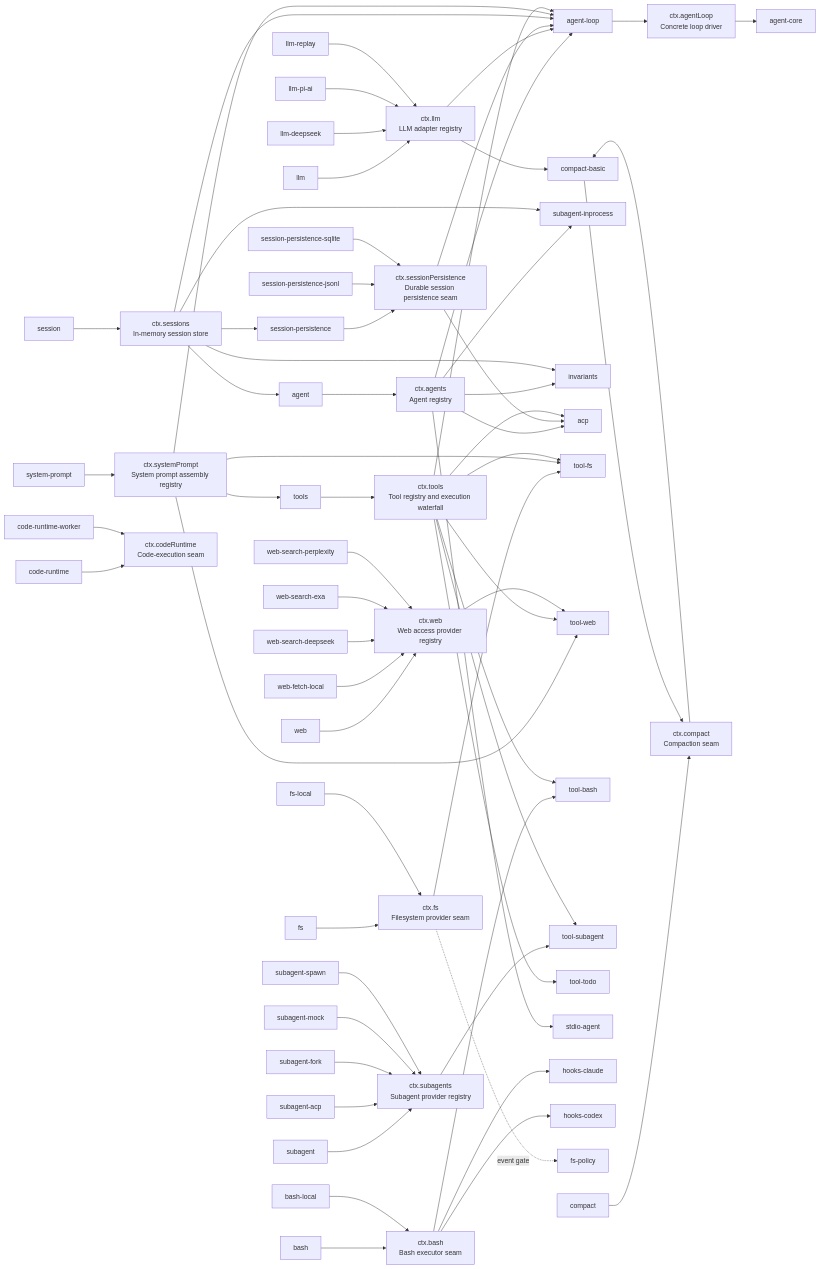
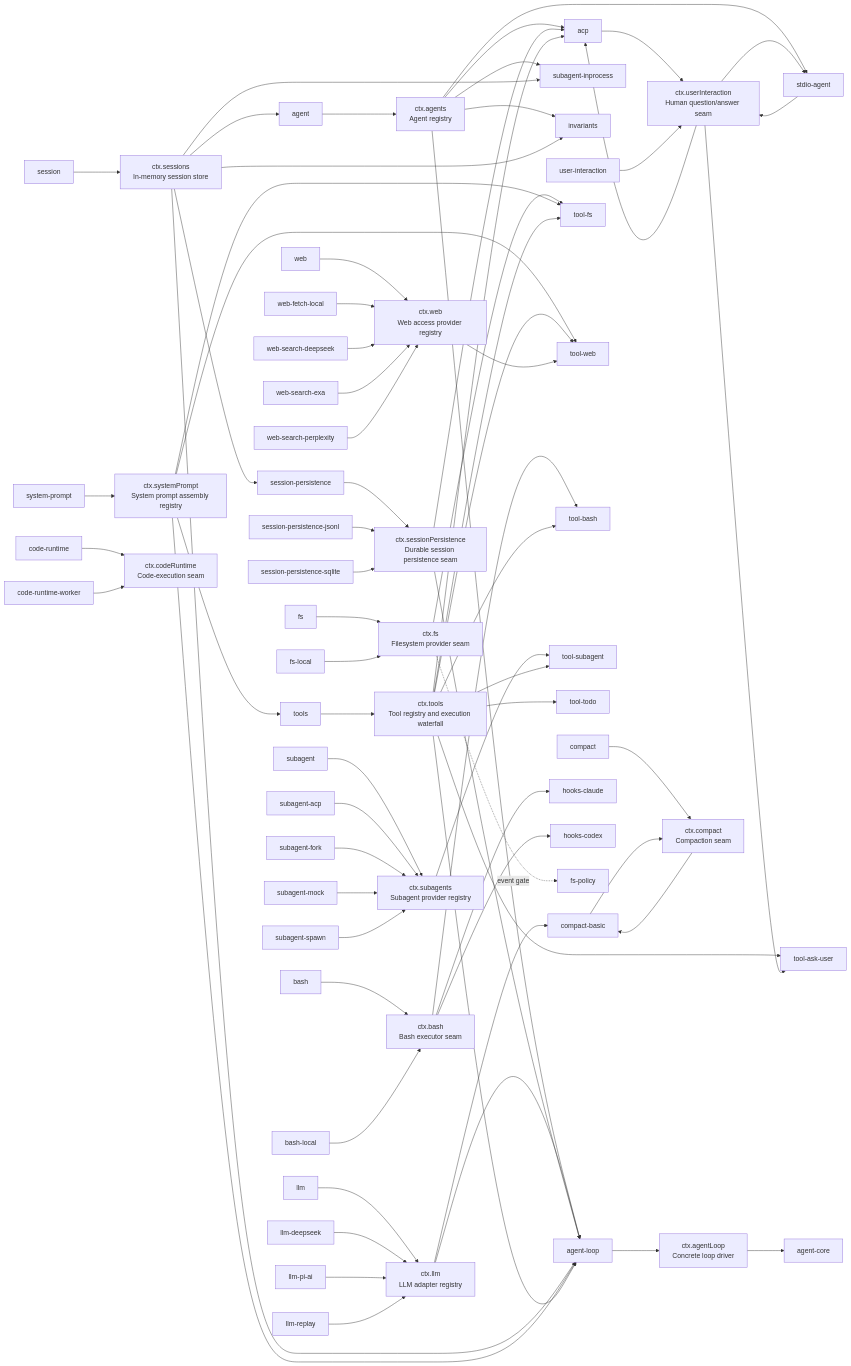
The diagram in docs/capability-seams.md (eru123/coco-harness), drawn with Mermaid before and after one commit. The commit also changed other lines of this file and 48 other files, not shown here.

First line of the commit message:
Merge pull request #108 from deepseek-harness/codex/ask-user-question

````diff
--- a/docs/capability-seams.md
+++ b/docs/capability-seams.md
@@ -30,11 +30,14 @@
   pkg_tool_fs["tool-fs"]
   pkg_tool_web["tool-web"]
   svc_tools["ctx.tools<br/>Tool registry and execution waterfall"]
+  pkg_tool_ask_user["tool-ask-user"]
   pkg_tool_bash["tool-bash"]
   pkg_tool_subagent["tool-subagent"]
   pkg_tool_todo["tool-todo"]
+  pkg_user_interaction["user-interaction"]
+  svc_userInteraction["ctx.userInteraction<br/>Human question/answer seam"]
+  pkg_stdio_agent["stdio-agent"]
   svc_agents["ctx.agents<br/>Agent registry"]
-  pkg_stdio_agent["stdio-agent"]
   svc_agentLoop["ctx.agentLoop<br/>Concrete loop driver"]
   pkg_agent_core["agent-core"]
   pkg_bash["bash"]
@@ -63,6 +66,7 @@
   pkg_web_search_perplexity["web-search-perplexity"]
   pkg_web_search_deepseek["web-search-deepseek"]
   pkg_web_fetch_local["web-fetch-local"]
+  pkg_acp --> svc_userInteraction
   pkg_agent --> svc_agents
   pkg_agent_loop --> svc_agentLoop
   pkg_bash --> svc_bash
@@ -81,6 +85,7 @@
   pkg_session_persistence --> svc_sessionPersistence
   pkg_session_persistence_jsonl --> svc_sessionPersistence
   pkg_session_persistence_sqlite --> svc_sessionPersistence
+  pkg_stdio_agent --> svc_userInteraction
   pkg_subagent --> svc_subagents
   pkg_subagent_acp --> svc_subagents
   pkg_subagent_fork --> svc_subagents
@@ -88,6 +93,7 @@
   pkg_subagent_spawn --> svc_subagents
   pkg_system_prompt --> svc_systemPrompt
   pkg_tools --> svc_tools
+  pkg_user_interaction --> svc_userInteraction
   pkg_web --> svc_web
   pkg_web_fetch_local --> svc_web
   pkg_web_search_deepseek --> svc_web
@@ -120,11 +126,15 @@
   svc_systemPrompt --> pkg_tools
   svc_tools --> pkg_acp
   svc_tools --> pkg_agent_loop
+  svc_tools --> pkg_tool_ask_user
   svc_tools --> pkg_tool_bash
   svc_tools --> pkg_tool_fs
   svc_tools --> pkg_tool_subagent
   svc_tools --> pkg_tool_todo
   svc_tools --> pkg_tool_web
+  svc_userInteraction --> pkg_acp
+  svc_userInteraction --> pkg_stdio_agent
+  svc_userInteraction --> pkg_tool_ask_user
   svc_web --> pkg_tool_web
   svc_fs -. event gate .-> pkg_fs_policy
 ```
````
